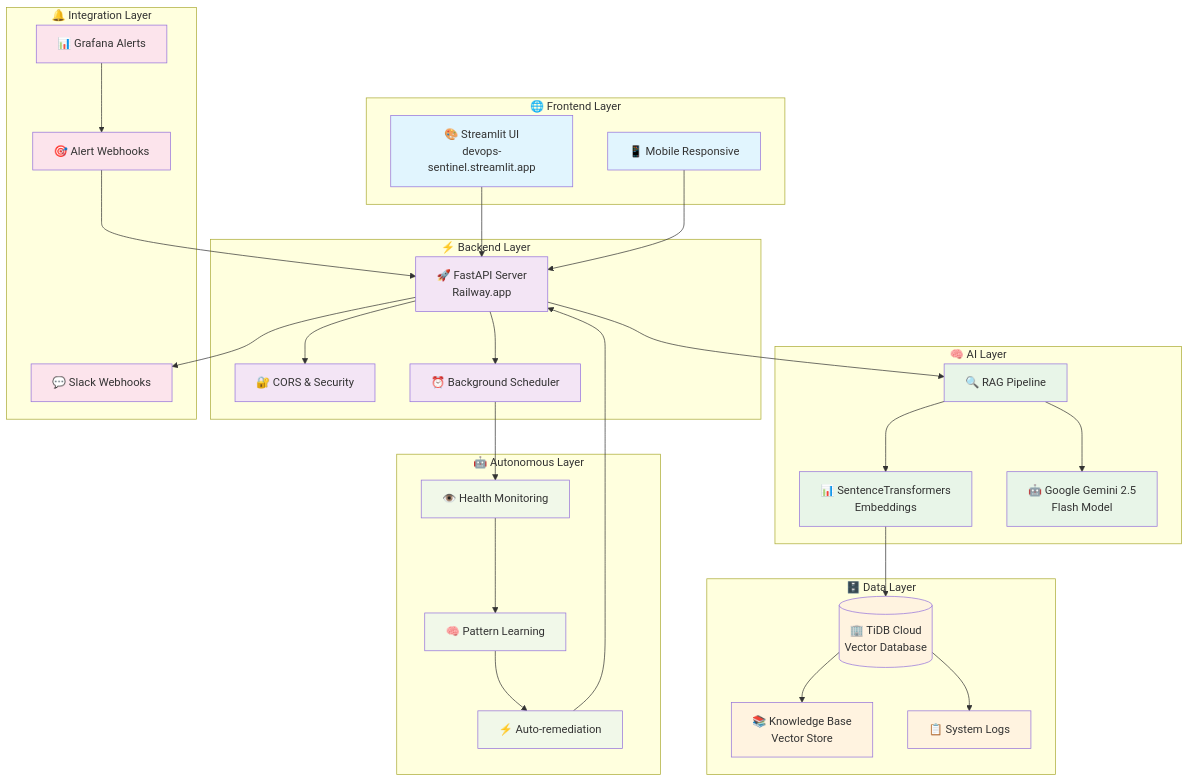
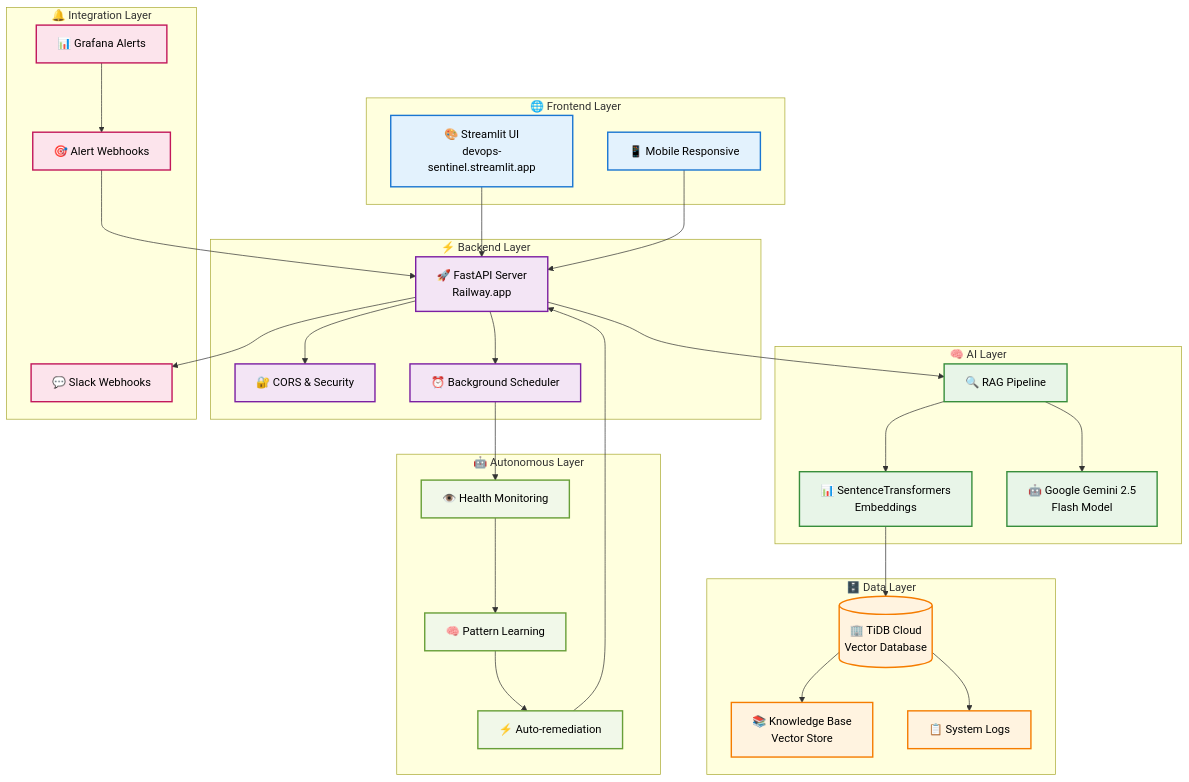
Before and after one commit to 15Vaibhavparte/Devops-sentinel: the first of 3 diagrams in README.md, drawn with Mermaid. The commit also changed other lines of this file, not shown here.

Commit message:
fix: Update README for 2025 Hackathon, enhance styling, and reorganize features

````diff
--- a/README.md
+++ b/README.md
@@ -77,81 +77,81 @@
 ```mermaid
 graph TB
     subgraph "🌐 Frontend Layer"
         UI[🎨 Streamlit UI<br/>devops-sentinel.streamlit.app]
         Mobile[📱 Mobile Responsive]
     end
     
     subgraph "⚡ Backend Layer"
         API[🚀 FastAPI Server<br/>Railway.app]
         Auth[🔐 CORS & Security]
         Scheduler[⏰ Background Scheduler]
     end
     
     subgraph "🧠 AI Layer"
         RAG[🔍 RAG Pipeline]
         Embed[📊 SentenceTransformers<br/>Embeddings]
         LLM[🤖 Google Gemini 2.5<br/>Flash Model]
     end
     
     subgraph "🗄️ Data Layer"
         TiDB[(🏢 TiDB Cloud<br/>Vector Database)]
         KB[📚 Knowledge Base<br/>Vector Store]
         Logs[📋 System Logs]
     end
     
     subgraph "🔔 Integration Layer"
         Slack[💬 Slack Webhooks]
         Grafana[📊 Grafana Alerts]
         Webhook[🎯 Alert Webhooks]
     end
     
     subgraph "🤖 Autonomous Layer"
         Monitor[👁️ Health Monitoring]
         Learn[🧠 Pattern Learning]
         Action[⚡ Auto-remediation]
     end
 
     %% Frontend Connections
     UI --> API
     Mobile --> API
     
     %% Backend Processing
     API --> Auth
     API --> RAG
     API --> Scheduler
     
     %% AI Processing Flow
     RAG --> Embed
     RAG --> LLM
     Embed --> TiDB
     
     %% Data Connections
     TiDB --> KB
     TiDB --> Logs
     
     %% Integration Flows
     Grafana --> Webhook
     Webhook --> API
     API --> Slack
     
     %% Autonomous Operations
     Scheduler --> Monitor
     Monitor --> Learn
     Learn --> Action
     Action --> API
 
-    %% Styling
-    classDef frontend fill:#e1f5fe
-    classDef backend fill:#f3e5f5
-    classDef ai fill:#e8f5e8
-    classDef data fill:#fff3e0
-    classDef integration fill:#fce4ec
-    classDef autonomous fill:#f1f8e9
+    %% Enhanced Styling for Better Visibility
+    classDef frontend fill:#e3f2fd,stroke:#1976d2,stroke-width:2px,color:#000000
+    classDef backend fill:#f3e5f5,stroke:#7b1fa2,stroke-width:2px,color:#000000
+    classDef ai fill:#e8f5e8,stroke:#388e3c,stroke-width:2px,color:#000000
+    classDef data fill:#fff3e0,stroke:#f57c00,stroke-width:2px,color:#000000
+    classDef integration fill:#fce4ec,stroke:#c2185b,stroke-width:2px,color:#000000
+    classDef autonomous fill:#f1f8e9,stroke:#689f38,stroke-width:2px,color:#000000
     
     class UI,Mobile frontend
     class API,Auth,Scheduler backend
     class RAG,Embed,LLM ai
     class TiDB,KB,Logs data
     class Slack,Grafana,Webhook integration
     class Monitor,Learn,Action autonomous
 ```
````
